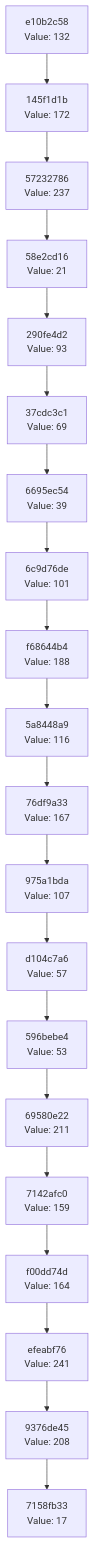
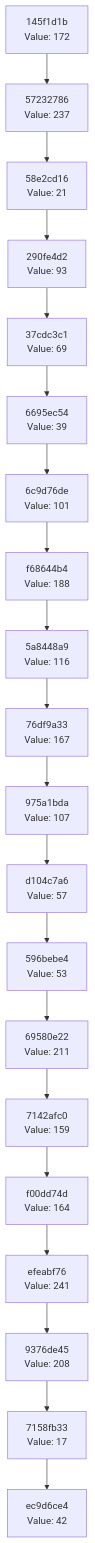
One commit to Abhisheksinha1506/hash-chain-evolver changed the diagram in docs/CHAIN_VISUALIZATION.md. Above: the diagram before and after it, drawn with Mermaid. The commit also changed 3 other files, not shown here.

````diff
--- a/docs/CHAIN_VISUALIZATION.md
+++ b/docs/CHAIN_VISUALIZATION.md
@@ -3,42 +3,42 @@
 ```mermaid
 graph TD
-    C0["7158fb33<br/>Value: 17"]
-    C1["9376de45<br/>Value: 208"]
+    C0["ec9d6ce4<br/>Value: 42"]
+    C1["7158fb33<br/>Value: 17"]
     C1 --> C0
-    C2["efeabf76<br/>Value: 241"]
+    C2["9376de45<br/>Value: 208"]
     C2 --> C1
-    C3["f00dd74d<br/>Value: 164"]
+    C3["efeabf76<br/>Value: 241"]
     C3 --> C2
-    C4["7142afc0<br/>Value: 159"]
+    C4["f00dd74d<br/>Value: 164"]
     C4 --> C3
-    C5["69580e22<br/>Value: 211"]
+    C5["7142afc0<br/>Value: 159"]
     C5 --> C4
-    C6["596bebe4<br/>Value: 53"]
+    C6["69580e22<br/>Value: 211"]
     C6 --> C5
-    C7["d104c7a6<br/>Value: 57"]
+    C7["596bebe4<br/>Value: 53"]
     C7 --> C6
-    C8["975a1bda<br/>Value: 107"]
+    C8["d104c7a6<br/>Value: 57"]
     C8 --> C7
-    C9["76df9a33<br/>Value: 167"]
+    C9["975a1bda<br/>Value: 107"]
     C9 --> C8
-    C10["5a8448a9<br/>Value: 116"]
+    C10["76df9a33<br/>Value: 167"]
     C10 --> C9
-    C11["f68644b4<br/>Value: 188"]
+    C11["5a8448a9<br/>Value: 116"]
     C11 --> C10
-    C12["6c9d76de<br/>Value: 101"]
+    C12["f68644b4<br/>Value: 188"]
     C12 --> C11
-    C13["6695ec54<br/>Value: 39"]
+    C13["6c9d76de<br/>Value: 101"]
     C13 --> C12
-    C14["37cdc3c1<br/>Value: 69"]
+    C14["6695ec54<br/>Value: 39"]
     C14 --> C13
-    C15["290fe4d2<br/>Value: 93"]
+    C15["37cdc3c1<br/>Value: 69"]
     C15 --> C14
-    C16["58e2cd16<br/>Value: 21"]
+    C16["290fe4d2<br/>Value: 93"]
     C16 --> C15
-    C17["57232786<br/>Value: 237"]
+    C17["58e2cd16<br/>Value: 21"]
     C17 --> C16
-    C18["145f1d1b<br/>Value: 172"]
+    C18["57232786<br/>Value: 237"]
     C18 --> C17
-    C19["e10b2c58<br/>Value: 132"]
+    C19["145f1d1b<br/>Value: 172"]
     C19 --> C18
 ```
````
